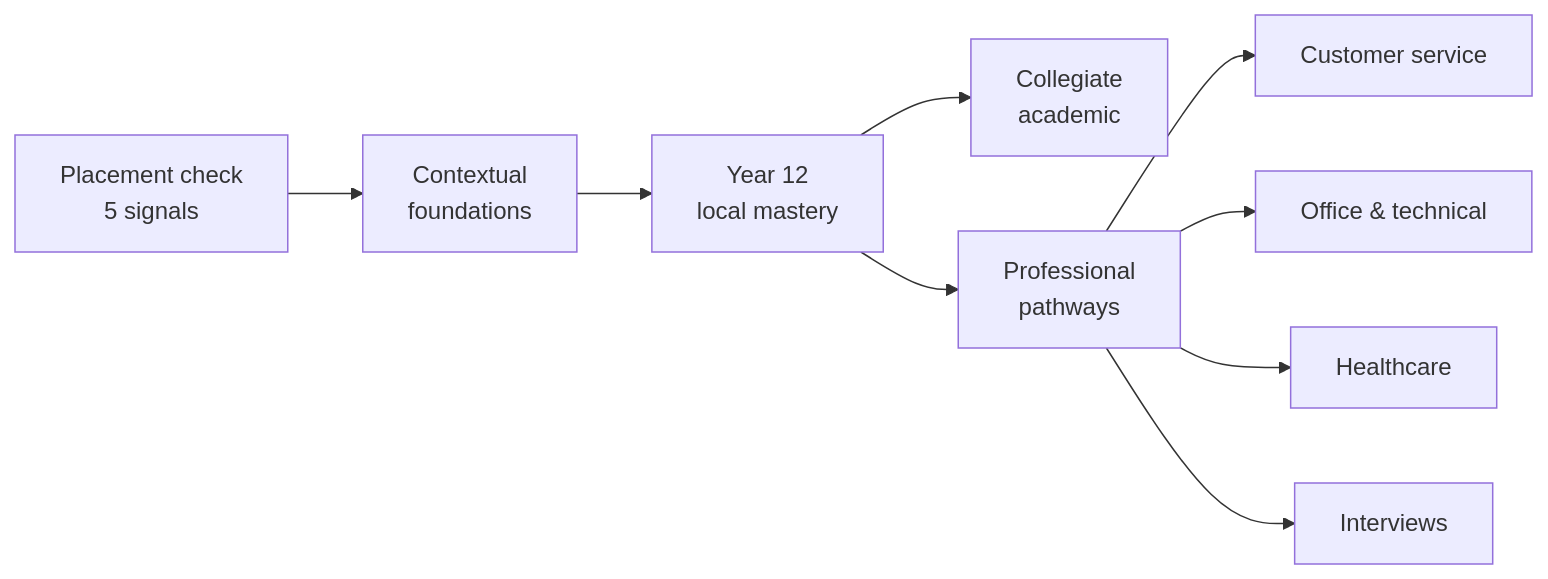
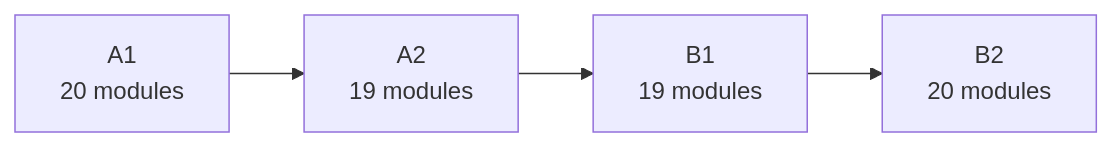
Before and after one commit to tree2juan/Parcero: the diagram in README.md, drawn with Mermaid. The commit also changed other lines of this file and 93 other files, not shown here.

````diff
--- a/README.md
+++ b/README.md
@@ -211,11 +215,6 @@
 ```mermaid
 flowchart LR
-  A[Placement check<br/>5 signals] --> B[Contextual<br/>foundations]
-  B --> C[Year 12<br/>local mastery]
-  C --> D[Collegiate<br/>academic]
-  C --> E[Professional<br/>pathways]
-  E --> E1[Customer service]
-  E --> E2[Office & technical]
-  E --> E3[Healthcare]
-  E --> E4[Interviews]
+  A[A1<br/>20 modules] --> B[A2<br/>19 modules]
+  B --> C[B1<br/>19 modules]
+  C --> D[B2<br/>20 modules]
 ```
````
